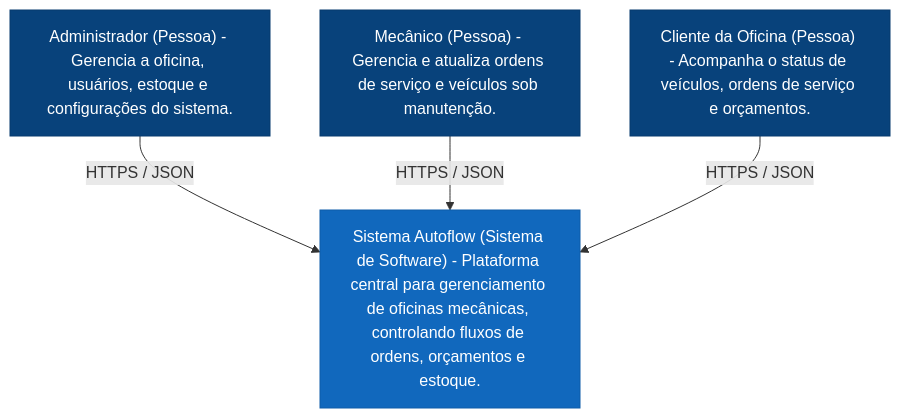
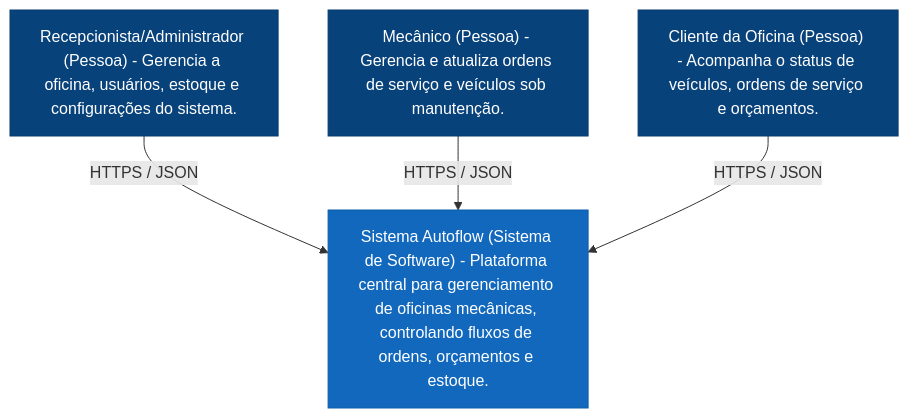
The first of 4 diagrams in docs/ARCHITECTURE.md (thallencar/autoflow), drawn with Mermaid before and after one commit. The commit also changed other lines of this file and 3 other files, not shown here.

````diff
--- a/docs/ARCHITECTURE.md
+++ b/docs/ARCHITECTURE.md
@@ -50,17 +116,17 @@
 ```mermaid
 graph TD
-    admin["Administrador (Pessoa) - Gerencia a oficina, usuários, estoque e configurações do sistema."]
+    admin["Recepcionista/Administrador (Pessoa) - Gerencia a oficina, usuários, estoque e configurações do sistema."]
     mecanico["Mecânico (Pessoa) - Gerencia e atualiza ordens de serviço e veículos sob manutenção."]
     cliente["Cliente da Oficina (Pessoa) - Acompanha o status de veículos, ordens de serviço e orçamentos."]
 
     autoflow["Sistema Autoflow (Sistema de Software) - Plataforma central para gerenciamento de oficinas mecânicas, controlando fluxos de ordens, orçamentos e estoque."]
 
     admin -->|HTTPS / JSON| autoflow
     mecanico -->|HTTPS / JSON| autoflow
     cliente -->|HTTPS / JSON| autoflow
 
     classDef person fill:#08427b,stroke:#073b6f,color:#fff;
     classDef system fill:#1168bd,stroke:#0f5da9,color:#fff;
     class admin,mecanico,cliente person;
     class autoflow system;
 ```
````
